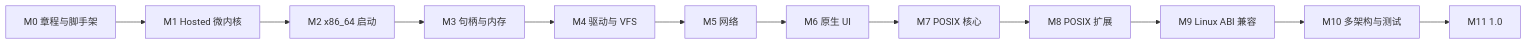
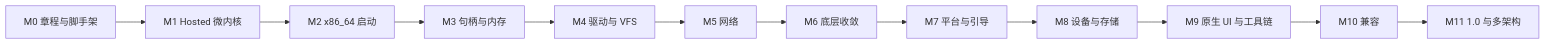
One commit to hongweifei/HolyKernel changed the diagram in docs/roadmap.md. Above: the diagram before and after it, drawn with Mermaid. The commit also changed other lines of this file and 35 other files, not shown here.

````diff
--- a/docs/roadmap.md
+++ b/docs/roadmap.md
@@ -39,14 +37,14 @@
 ```mermaid
 flowchart LR
     M0["M0 章程与脚手架"] --> M1["M1 Hosted 微内核"]
     M1 --> M2["M2 x86_64 启动"]
     M2 --> M3["M3 句柄与内存"]
     M3 --> M4["M4 驱动与 VFS"]
     M4 --> M5["M5 网络"]
-    M5 --> M6["M6 原生 UI"]
-    M6 --> M7["M7 POSIX 核心"]
-    M7 --> M8["M8 POSIX 扩展"]
-    M8 --> M9["M9 Linux ABI 兼容"]
-    M9 --> M10["M10 多架构与测试"]
-    M10 --> M11["M11 1.0"]
+    M5 --> M6["M6 底层收敛"]
+    M6 --> M7["M7 平台与引导"]
+    M7 --> M8["M8 设备与存储"]
+    M8 --> M9["M9 原生 UI 与工具链"]
+    M9 --> M10["M10 兼容"]
+    M10 --> M11["M11 1.0 与多架构"]
 ```
````
